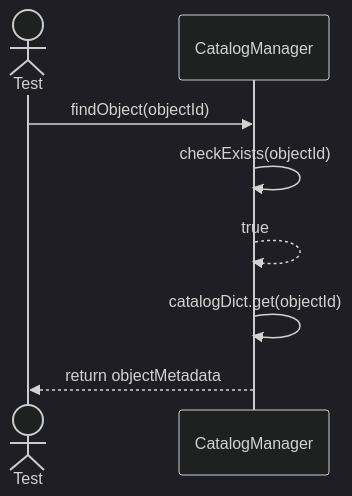
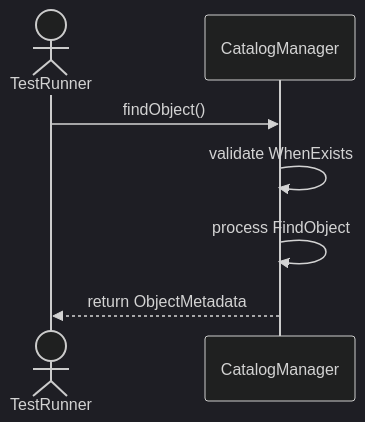
One commit to TamBui1706/DBMS changed the third of 10 diagrams in Sequences/Core/CatalogManager.md. Above: the diagram before and after it, drawn with Mermaid (dark theme). The commit also changed other lines of this file and 63 other files, not shown here.

Commit message:
Draw sequence diagram for unit tests

````diff
--- a/Sequences/Core/CatalogManager.md
+++ b/Sequences/Core/CatalogManager.md
@@ -49,11 +44,9 @@
 ```mermaid
 sequenceDiagram
-    actor Test
+    actor TestRunner
     participant CatalogManager
-
-    Test->>CatalogManager: findObject(objectId)
-    CatalogManager->>CatalogManager: checkExists(objectId)
-    CatalogManager-->>CatalogManager: true
-    CatalogManager->>CatalogManager: catalogDict.get(objectId)
-    CatalogManager-->>Test: return objectMetadata
+    TestRunner->>CatalogManager: findObject()
+    CatalogManager->>CatalogManager: validate WhenExists
+    CatalogManager->>CatalogManager: process FindObject
+    CatalogManager-->>TestRunner: return ObjectMetadata
 ```
````
